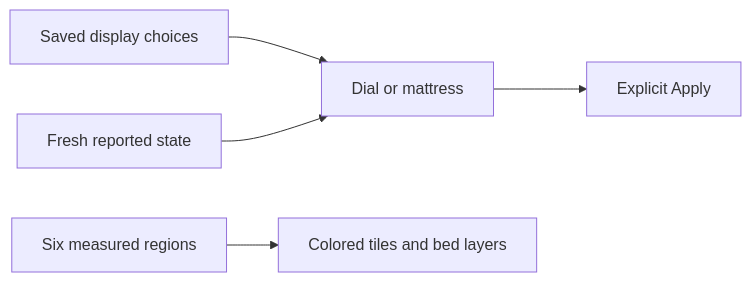
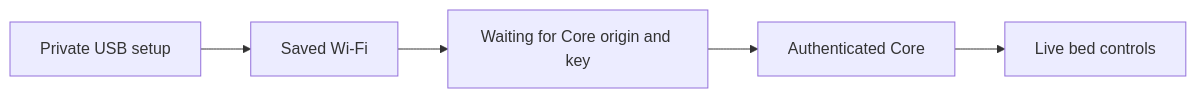
One commit to lucaandrea/free-sleep changed the diagram in firmware/waveshare-amoled/docs/COMMIT_MESSAGE.md. Above: the diagram before and after it, drawn with Mermaid. The commit also changed other lines of this file and 17 other files, not shown here.

````diff
--- a/firmware/waveshare-amoled/docs/COMMIT_MESSAGE.md
+++ b/firmware/waveshare-amoled/docs/COMMIT_MESSAGE.md
@@ -11,7 +9,7 @@
 ```mermaid
 flowchart LR
-  Preferences[Saved display choices] --> Temperature[Dial or mattress]
-  State[Fresh reported state] --> Temperature
-  Sensors[Six measured regions] --> Layers[Colored tiles and bed layers]
-  Temperature --> Apply[Explicit Apply]
+  USB[Private USB setup] --> WiFi[Saved Wi-Fi]
+  WiFi --> Ready[Waiting for Core origin and key]
+  Ready --> Core[Authenticated Core]
+  Core --> Controls[Live bed controls]
 ```
````
